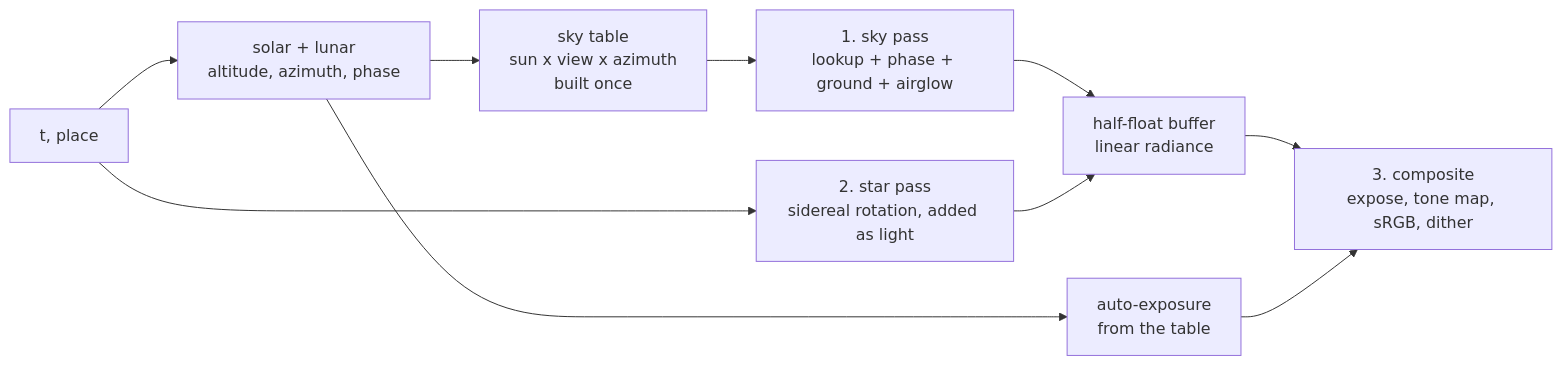
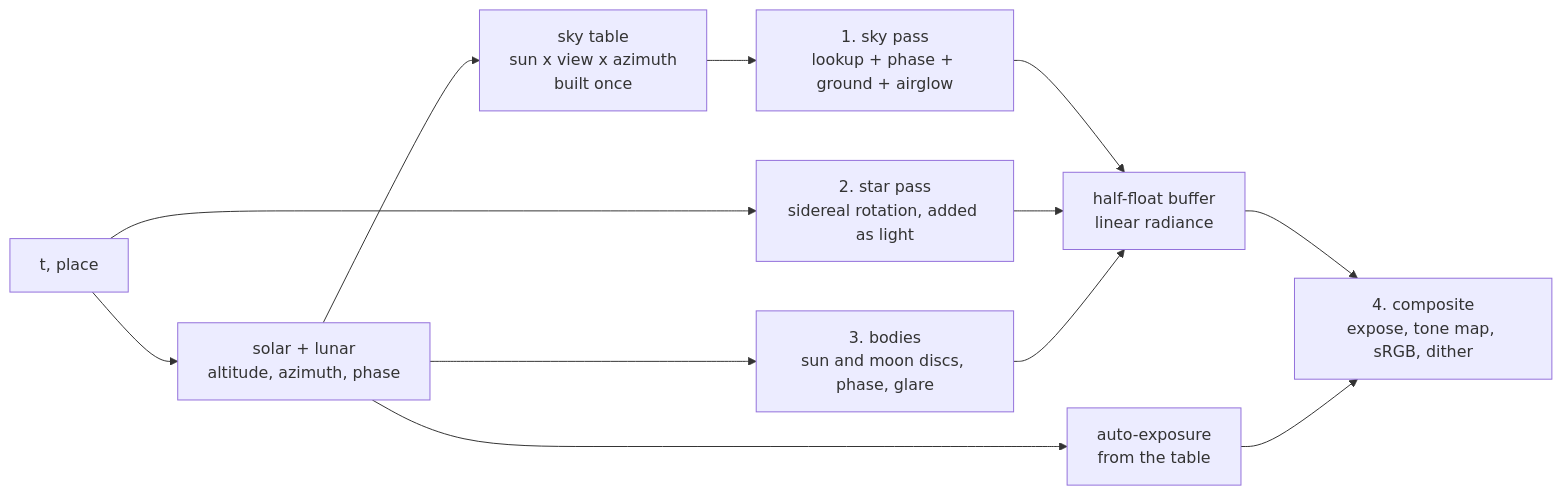
The third of 3 diagrams in docs/ARCHITECTURE.md (BlackCanyonSoftware/dayandnight_BCS), drawn with Mermaid before and after one commit. The commit also changed other lines of this file and 12 other files, not shown here.

First line of the commit message:
feat(sky): the sun and the moon, with the moon's real phase

````diff
--- a/docs/ARCHITECTURE.md
+++ b/docs/ARCHITECTURE.md
@@ -174,12 +174,14 @@
 ```mermaid
 flowchart LR
   A["t, place"] --> B["solar + lunar<br/>altitude, azimuth, phase"]
+  B --> D["3. bodies<br/>sun and moon discs, phase, glare"]
   B --> E["sky table<br/>sun x view x azimuth<br/>built once"]
   B --> X["auto-exposure<br/>from the table"]
   E --> F["1. sky pass<br/>lookup + phase + ground + airglow"]
   A --> S["2. star pass<br/>sidereal rotation, added as light"]
   F --> T["half-float buffer<br/>linear radiance"]
   S --> T
-  T --> H["3. composite<br/>expose, tone map, sRGB, dither"]
+  D --> T
+  T --> H["4. composite<br/>expose, tone map, sRGB, dither"]
   X --> H
 ```
````
